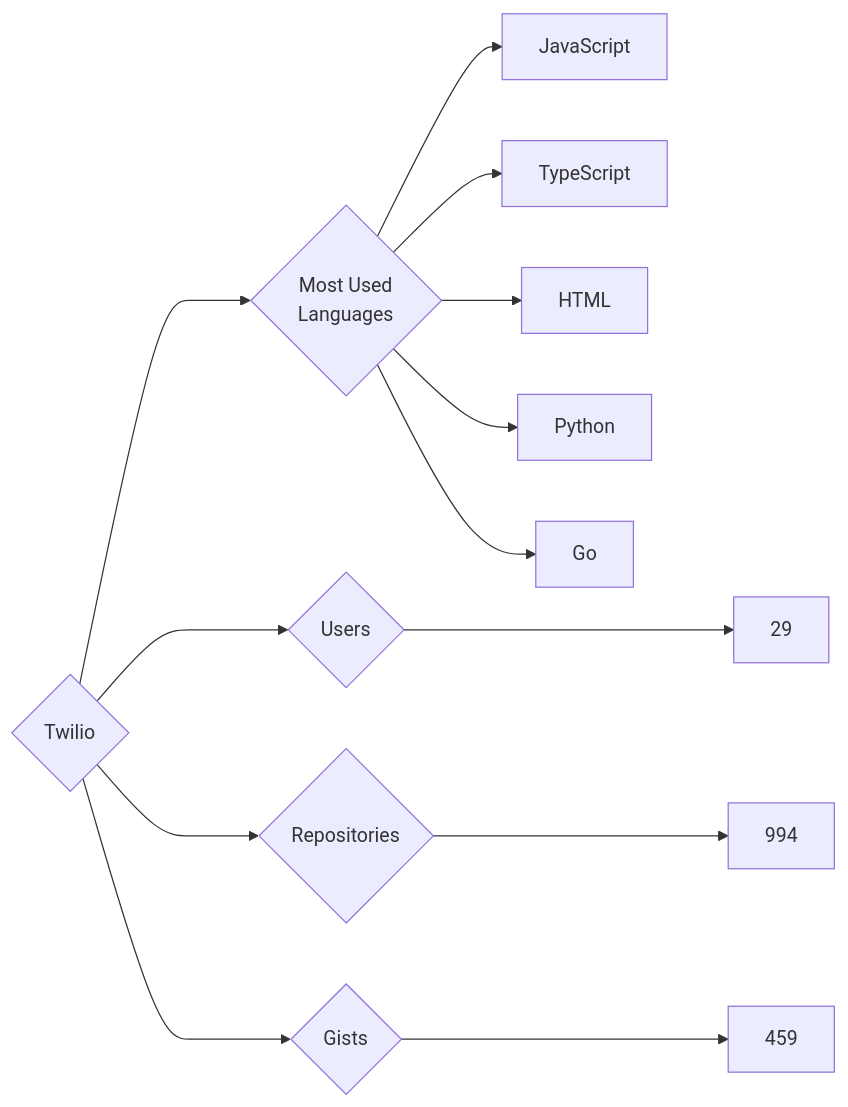
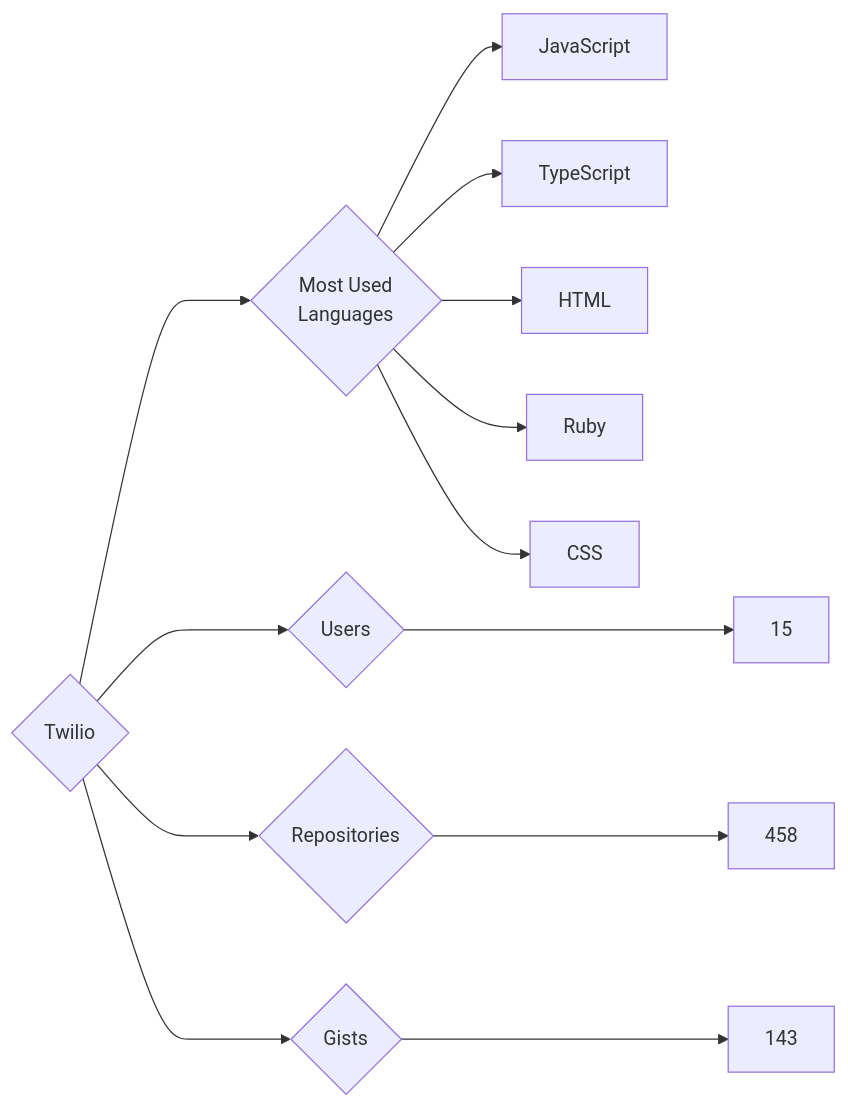
The diagram in targets/Twilio/README.md (trickest/insiders), drawn with Mermaid before and after one commit. The commit also changed 796 other files, not shown here.

````diff
--- a/targets/Twilio/README.md
+++ b/targets/Twilio/README.md
@@ -3,13 +3,13 @@
 ```mermaid
 graph LR
 COMPANY_NAME{Twilio}
-COMPANY_NAME ---> U{Users} ---> UN[29]
-COMPANY_NAME ---> R{Repositories} ---> RN[994]
-COMPANY_NAME ---> G{Gists} ---> GN[459]
+COMPANY_NAME ---> U{Users} ---> UN[15]
+COMPANY_NAME ---> R{Repositories} ---> RN[458]
+COMPANY_NAME ---> G{Gists} ---> GN[143]
 COMPANY_NAME ---> ML{Most Used<br>Languages}
 ML --> JavaScript[JavaScript]
 ML --> TypeScript[TypeScript]
 ML --> HTML[HTML]
-ML --> Python[Python]
-ML --> Go[Go]
+ML --> Ruby[Ruby]
+ML --> CSS[CSS]
 ```
````
